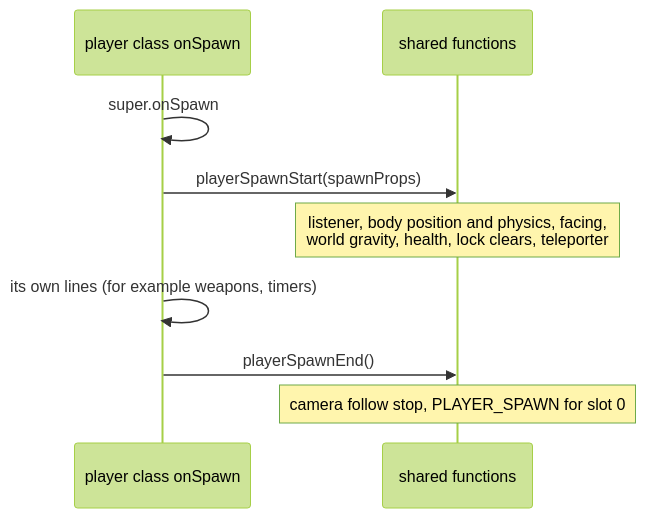
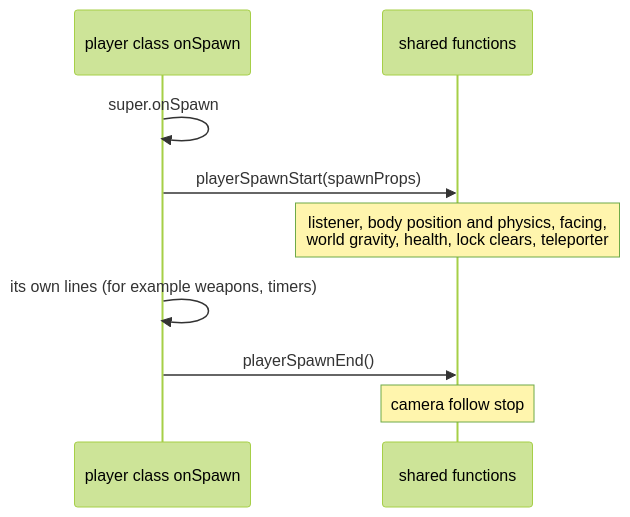
Before and after one commit to JohnLavender474/Megaman-Maverick: the second of 2 diagrams in core/src/main/kotlin/com/megaman/maverick/game/players/README.md, drawn with Mermaid (forest theme). The commit also changed other lines of this file and 39 other files, not shown here.

First line of the commit message:
038b: the respawn routine sends LEVEL_RESET; PLAYER_SPAWN removed

````diff
--- a/core/src/main/kotlin/com/megaman/maverick/game/players/README.md
+++ b/core/src/main/kotlin/com/megaman/maverick/game/players/README.md
@@ -37,11 +37,11 @@
 ```mermaid
 sequenceDiagram
     participant C as player class onSpawn
     participant S as shared functions
     C->>C: super.onSpawn
     C->>S: playerSpawnStart(spawnProps)
     Note over S: listener, body position and physics, facing,<br/>world gravity, health, lock clears, teleporter
     C->>C: its own lines (for example weapons, timers)
     C->>S: playerSpawnEnd()
-    Note over S: camera follow stop, PLAYER_SPAWN for slot 0
+    Note over S: camera follow stop
 ```
````
